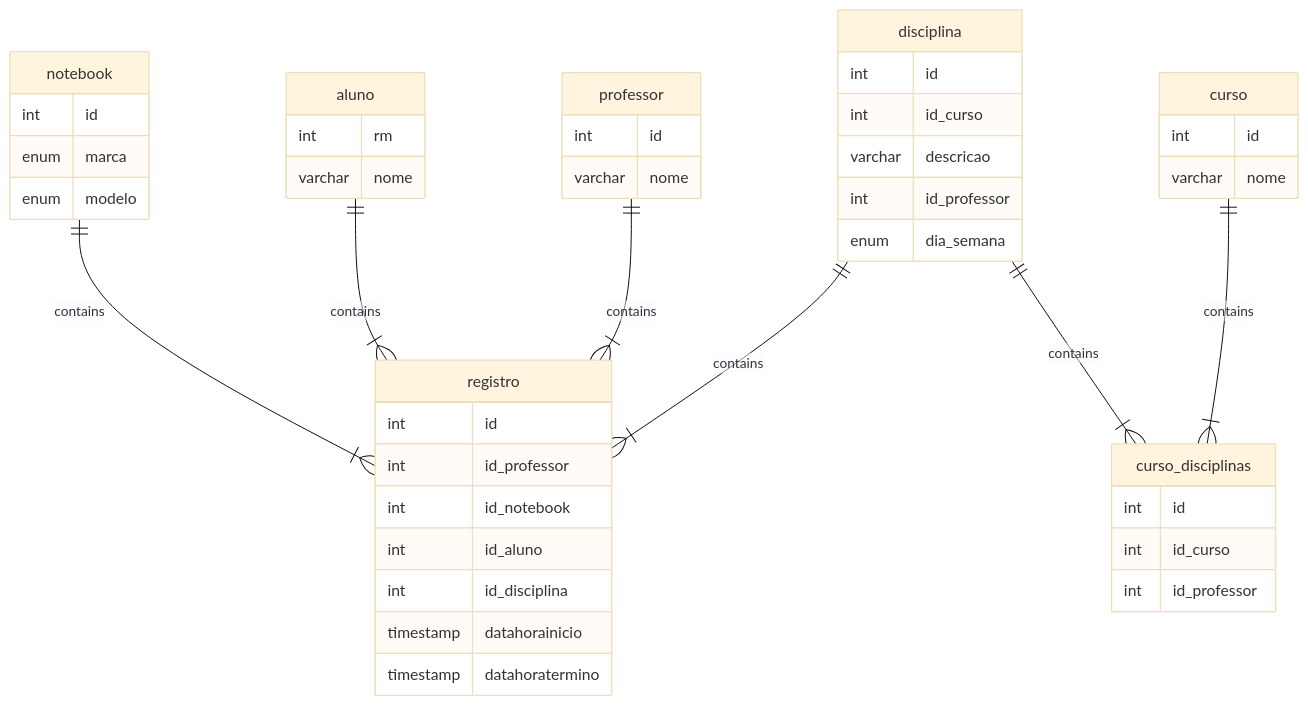
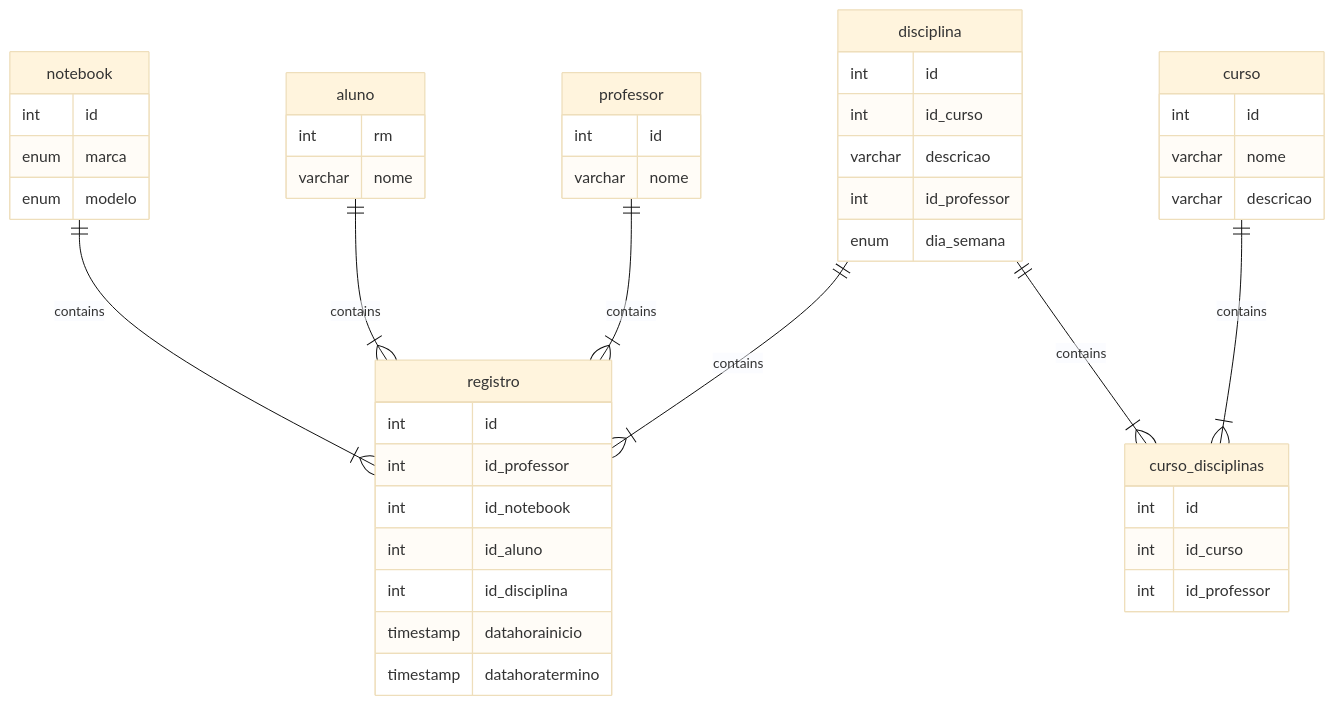
Before and after one commit to f290DSM/f290_dsm_tp2_fatechelper: the diagram in README.md, drawn with Mermaid (base theme). The commit also changed 32 other files, not shown here.

````diff
--- a/README.md
+++ b/README.md
@@ -5,52 +5,53 @@
 ```mermaid
     erDiagram
         notebook ||--|{ registro : contains        
         aluno ||--|{ registro : contains
         professor ||--|{ registro : contains 
         disciplina ||--|{ registro : contains  
         curso ||--|{ curso_disciplinas : contains 
         disciplina ||--|{ curso_disciplinas : contains 
 
 
         aluno {
             int rm            
             varchar nome
 
         }
         professor {
             int id
             varchar nome
         }
         curso {
             int id
             varchar nome
+            varchar descricao
         }
         disciplina {
             int id
             int id_curso
             varchar descricao
             int id_professor
             enum dia_semana
         }
         curso_disciplinas {
             int id
             int id_curso
             int id_professor
         }
 
         notebook {
             int id
             enum marca
             enum modelo
         }
         registro {
             int id
             int id_professor
             int id_notebook
             int id_aluno
             int id_disciplina
             timestamp datahorainicio
             timestamp datahoratermino
         }
 
 ```
````
